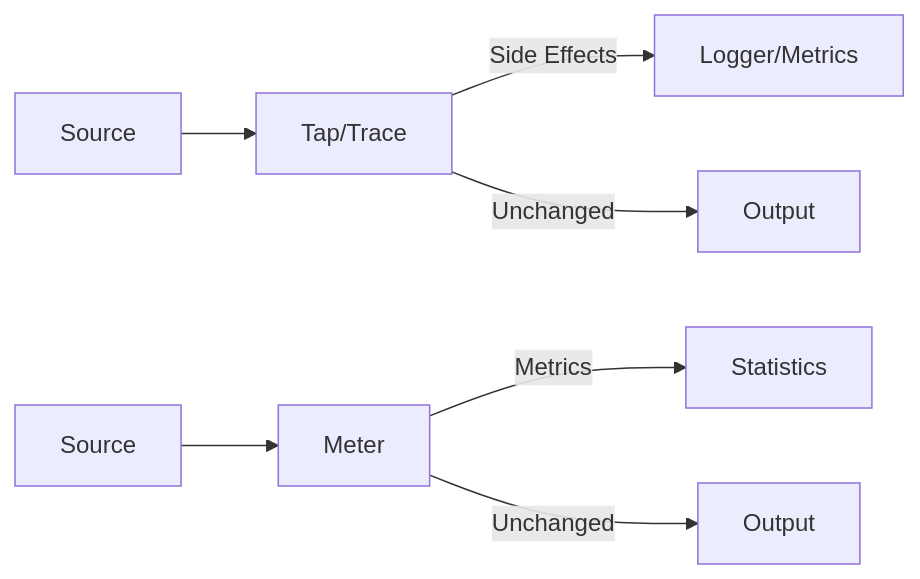
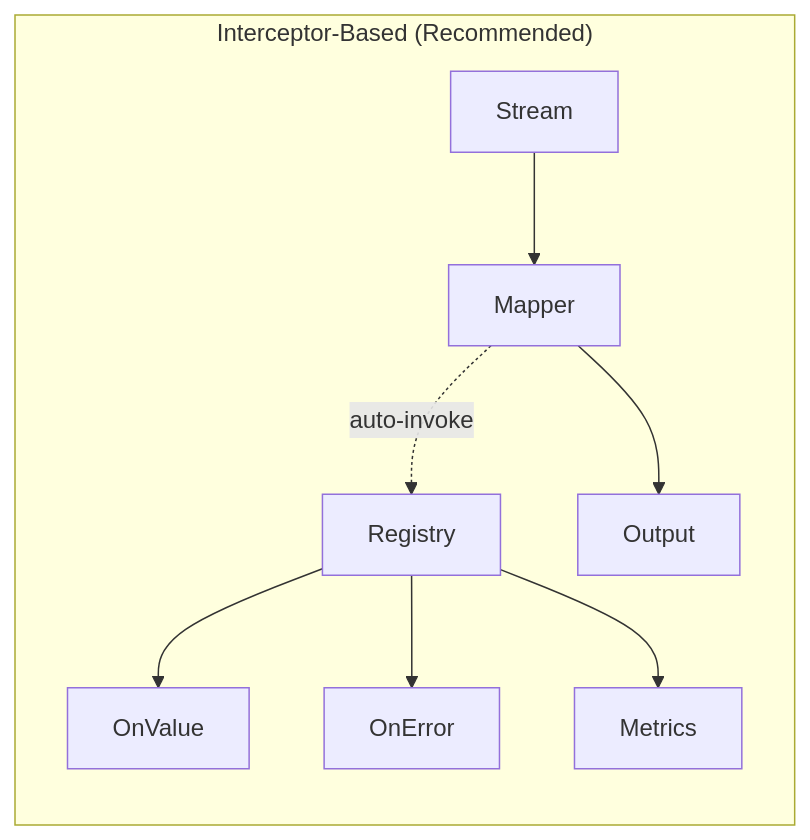
Before and after one commit to helzpont/min-flow: the first of 2 diagrams in flow/observe/README.md, drawn with Mermaid. The commit also changed other lines of this file and 16 other files, not shown here.

````diff
--- a/flow/observe/README.md
+++ b/flow/observe/README.md
@@ -9,10 +18,11 @@
 ```mermaid
 graph LR
-    Source[Source] --> Tap[Tap/Trace]
-    Tap --> |Side Effects| Logger[Logger/Metrics]
-    Tap --> |Unchanged| Output[Output]
-
-    Source2[Source] --> Meter[Meter]
-    Meter --> |Metrics| Stats[Statistics]
-    Meter --> |Unchanged| Output2[Output]
+    subgraph "Interceptor-Based (Recommended)"
+        Registry[Registry] --> I1[OnValue]
+        Registry --> I2[OnError]
+        Registry --> I3[Metrics]
+        Source[Stream] --> Mapper[Mapper]
+        Mapper -.->|auto-invoke| Registry
+        Mapper --> Output[Output]
+    end
 ```
````
